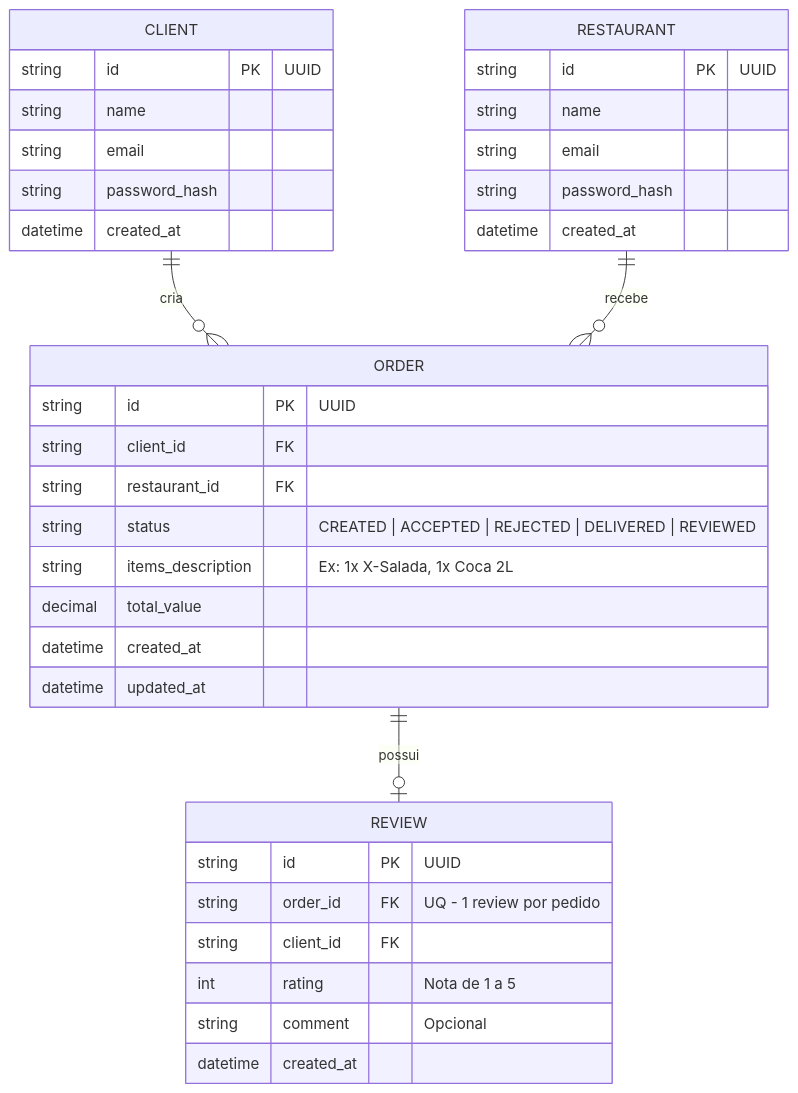
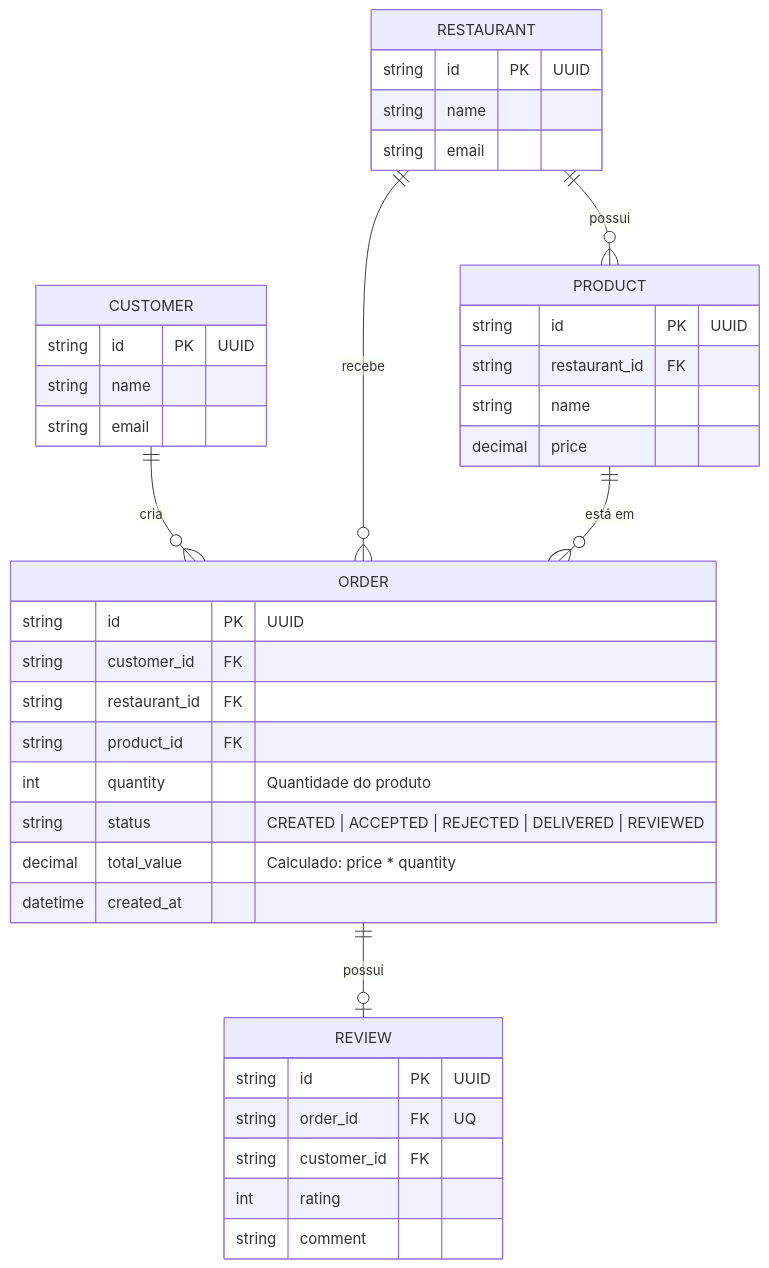
The first of 2 diagrams in .docs/domain-model.md (uallace-macedo/dev-playbook), drawn with Mermaid before and after one commit.

Commit message:
docs(domain): update domain model

````diff
--- a/.docs/domain-model.md
+++ b/.docs/domain-model.md
@@ -5,42 +5,46 @@
 ```mermaid
 erDiagram
-  CLIENT ||--o{ ORDER : "cria"
+  CUSTOMER ||--o{ ORDER : "cria"
   RESTAURANT ||--o{ ORDER : "recebe"
+  RESTAURANT ||--o{ PRODUCT : "possui"
+  PRODUCT ||--o{ ORDER : "está em"
   ORDER ||--o| REVIEW : "possui"
 
-  CLIENT {
+  CUSTOMER {
     string id PK "UUID"
     string name
     string email
-    string password_hash
-    datetime created_at
   }
 
   RESTAURANT {
     string id PK "UUID"
     string name
     string email
-    string password_hash
-    datetime created_at
+  }
+
+  PRODUCT {
+    string id PK "UUID"
+    string restaurant_id FK
+    string name
+    decimal price
   }
 
   ORDER {
     string id PK "UUID"
-    string client_id FK
+    string customer_id FK
     string restaurant_id FK
+    string product_id FK
+    int quantity "Quantidade do produto"
     string status "CREATED | ACCEPTED | REJECTED | DELIVERED | REVIEWED"
-    string items_description "Ex: 1x X-Salada, 1x Coca 2L"
-    decimal total_value
+    decimal total_value "Calculado: price * quantity"
     datetime created_at
-    datetime updated_at
   }
 
   REVIEW {
     string id PK "UUID"
-    string order_id FK "UQ - 1 review por pedido"
-    string client_id FK
-    int rating "Nota de 1 a 5"
-    string comment "Opcional"
-    datetime created_at
+    string order_id FK "UQ"
+    string customer_id FK
+    int rating
+    string comment
   }
 ```
````
